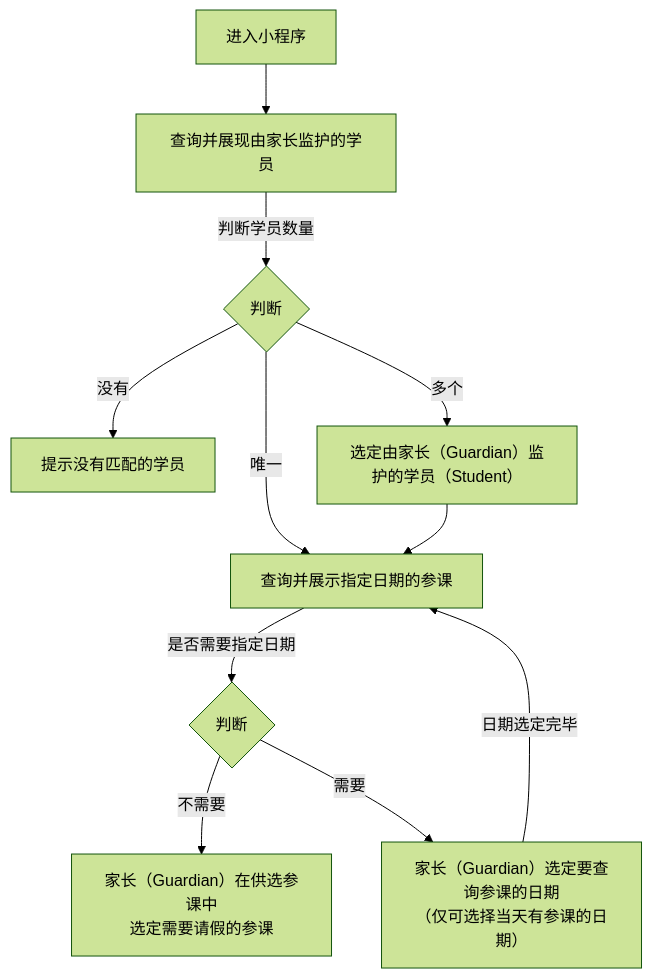
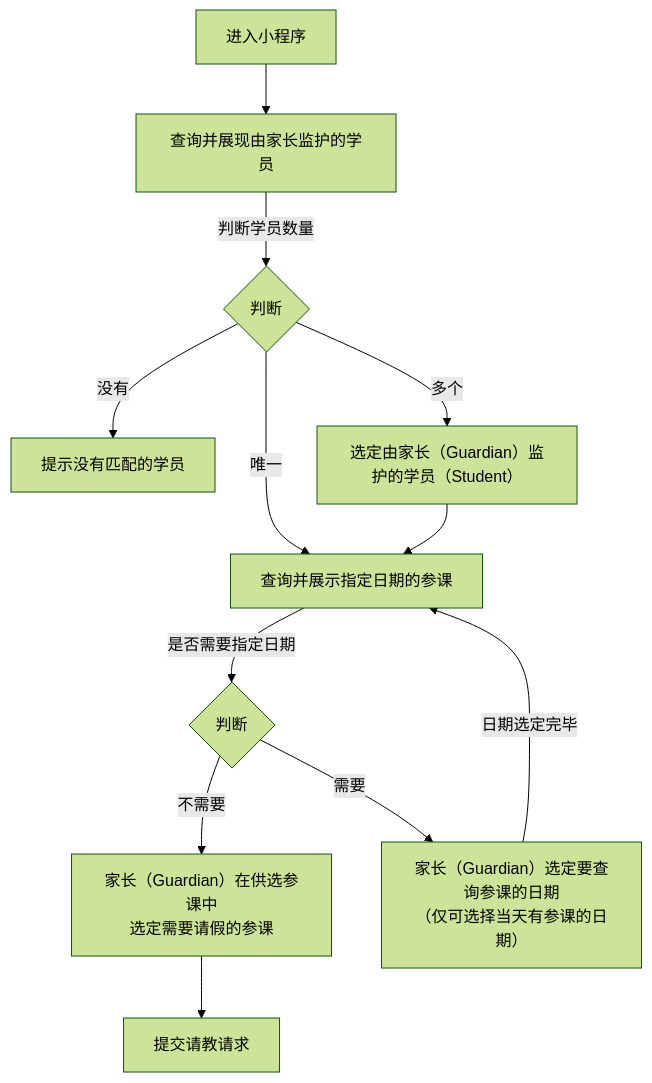
The diagram in 用例/请假.md (world-wide-web/sign), drawn with Mermaid (forest theme) before and after one commit. The commit also changed other lines of this file, not shown here.

````diff
--- a/用例/请假.md
+++ b/用例/请假.md
@@ -7,37 +7,37 @@
 ```mermaid
 graph TD
 
 进入小程序-->查询并展现由家长监护的学员
 
 查询并展现由家长监护的学员--判断学员数量-->判断学员数量
 
 判断学员数量--没有-->提示没有匹配的学员
 
 判断学员数量--唯一-->查询并展示指定日期的参课
 
 判断学员数量--多个-->选定学员
 
 选定学员-->查询并展示指定日期的参课
 
 查询并展示指定日期的参课--是否需要指定日期-->决定是否需要指定日期
 
 决定是否需要指定日期--不需要-->选定参课
 
 决定是否需要指定日期--需要-->选定日期
 
 选定日期--日期选定完毕-->查询并展示指定日期的参课
 
-选定日期
+选定参课-->提交请教请求
 
 判断学员数量{"<center>判断</center>"}
 
 选定学员["<center>选定由家长（Guardian）监护的学员（Student）</center>"]
 
 决定是否需要指定日期{"<center>判断</center>"}
 
 选定日期["<center>家长（Guardian）选定要查询参课的日期<br>（仅可选择当天有参课的日期）</center>"]
 
 选定参课["<center>家长（Guardian）在供选参课中<br>选定需要请假的参课</center>"]
 
 
 ```
````
